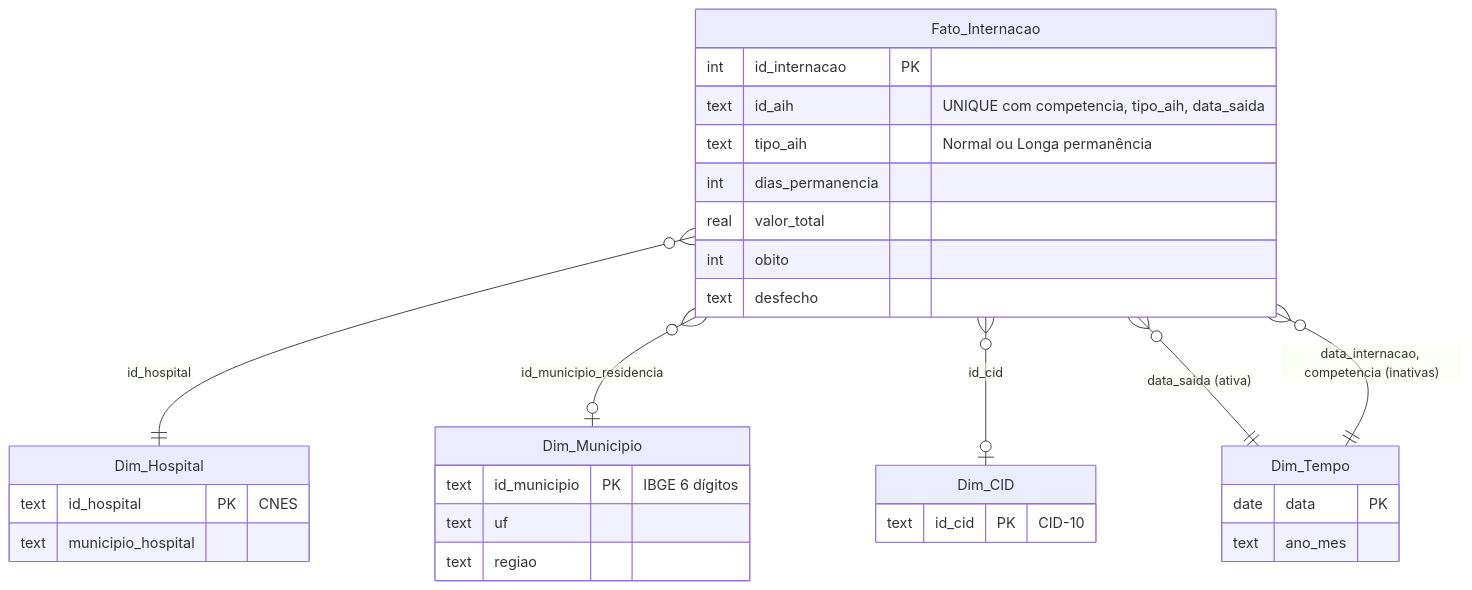
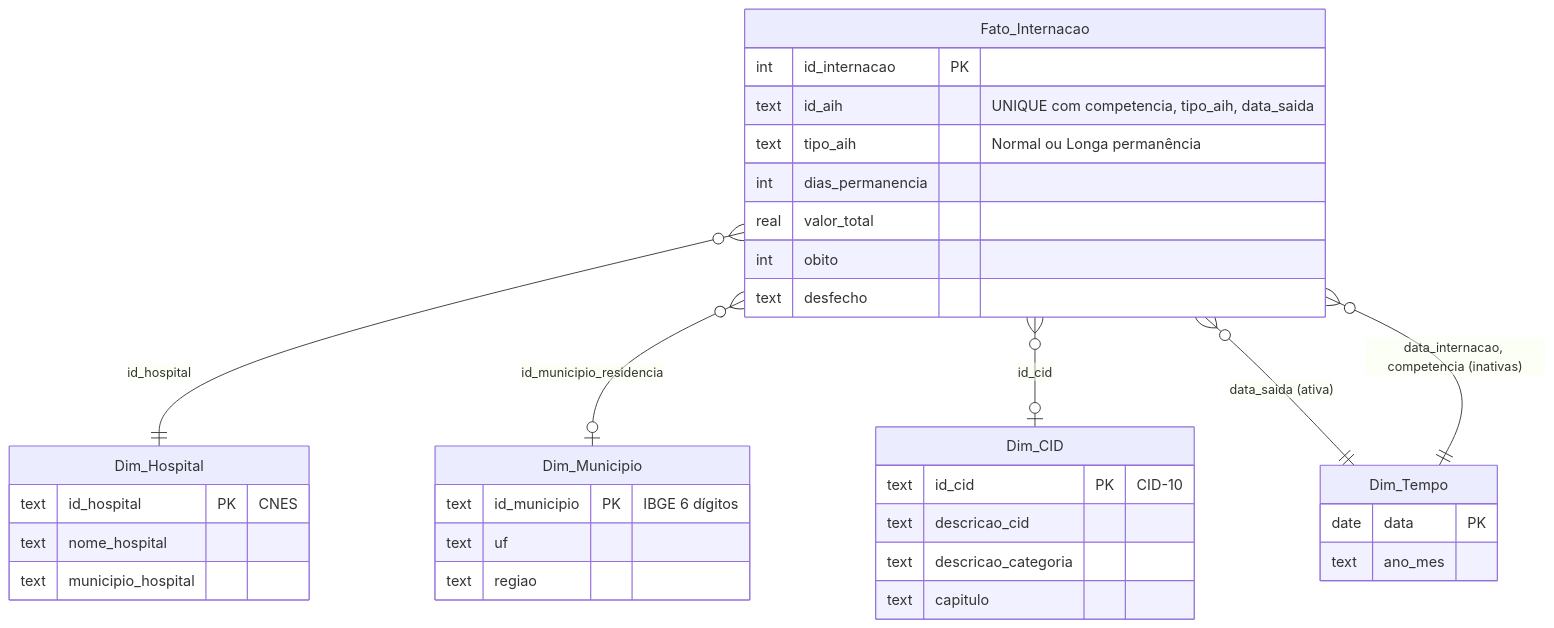
One commit to MatheusCavalcanteF/datasus-etl-baixada-santista changed the second of 2 diagrams in README.md. Above: the diagram before and after it, drawn with Mermaid. The commit also changed other lines of this file and 5 other files, not shown here.

First line of the commit message:
feat: nomes dos hospitais e descrições de CID na Dim_Hospital e na Dim_CID

````diff
--- a/README.md
+++ b/README.md
@@ -55,34 +58,38 @@
 ```mermaid
 erDiagram
     Fato_Internacao }o--|| Dim_Hospital : "id_hospital"
     Fato_Internacao }o--o| Dim_Municipio : "id_municipio_residencia"
     Fato_Internacao }o--o| Dim_CID : "id_cid"
     Fato_Internacao }o--|| Dim_Tempo : "data_saida (ativa)"
     Fato_Internacao }o--|| Dim_Tempo : "data_internacao, competencia (inativas)"
 
     Fato_Internacao {
         int id_internacao PK
         text id_aih "UNIQUE com competencia, tipo_aih, data_saida"
         text tipo_aih "Normal ou Longa permanência"
         int dias_permanencia
         real valor_total
         int obito
         text desfecho
     }
     Dim_Hospital {
         text id_hospital PK "CNES"
+        text nome_hospital
         text municipio_hospital
     }
     Dim_Municipio {
         text id_municipio PK "IBGE 6 dígitos"
         text uf
         text regiao
     }
     Dim_CID {
         text id_cid PK "CID-10"
+        text descricao_cid
+        text descricao_categoria
+        text capitulo
     }
     Dim_Tempo {
         date data PK
         text ano_mes
     }
 ```
````
